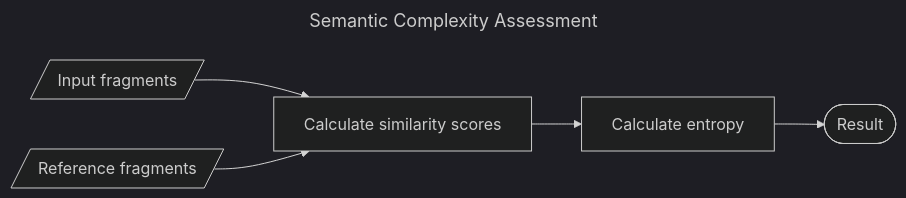
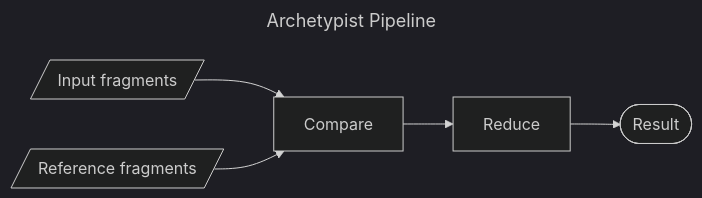
One commit to tarinyoom/archetypist changed the diagram in README.md. Above: the diagram before and after it, drawn with Mermaid (dark theme). The commit also changed other lines of this file, not shown here.

````diff
--- a/README.md
+++ b/README.md
@@ -27,16 +27,16 @@
 ```mermaid
 ---
-title: Semantic Complexity Assessment
+title: Archetypist Pipeline
 ---
 flowchart LR
     InputFrags@{ shape: in-out, label: "Input fragments" }
     RefFrags@{ shape: in-out, label: "Reference fragments" }
-    Similarities@{ shape: process, label: "Calculate similarity scores" }
-    Entropy@{ shape: process, label: "Calculate entropy" }
+    Similarities@{ shape: process, label: "Compare" }
+    Entropy@{ shape: process, label: "Reduce" }
     Out@{ shape: stadium, label: "Result"}
 
     InputFrags --> Similarities
     RefFrags --> Similarities
     Similarities --> Entropy
     Entropy --> Out
 ```
````
